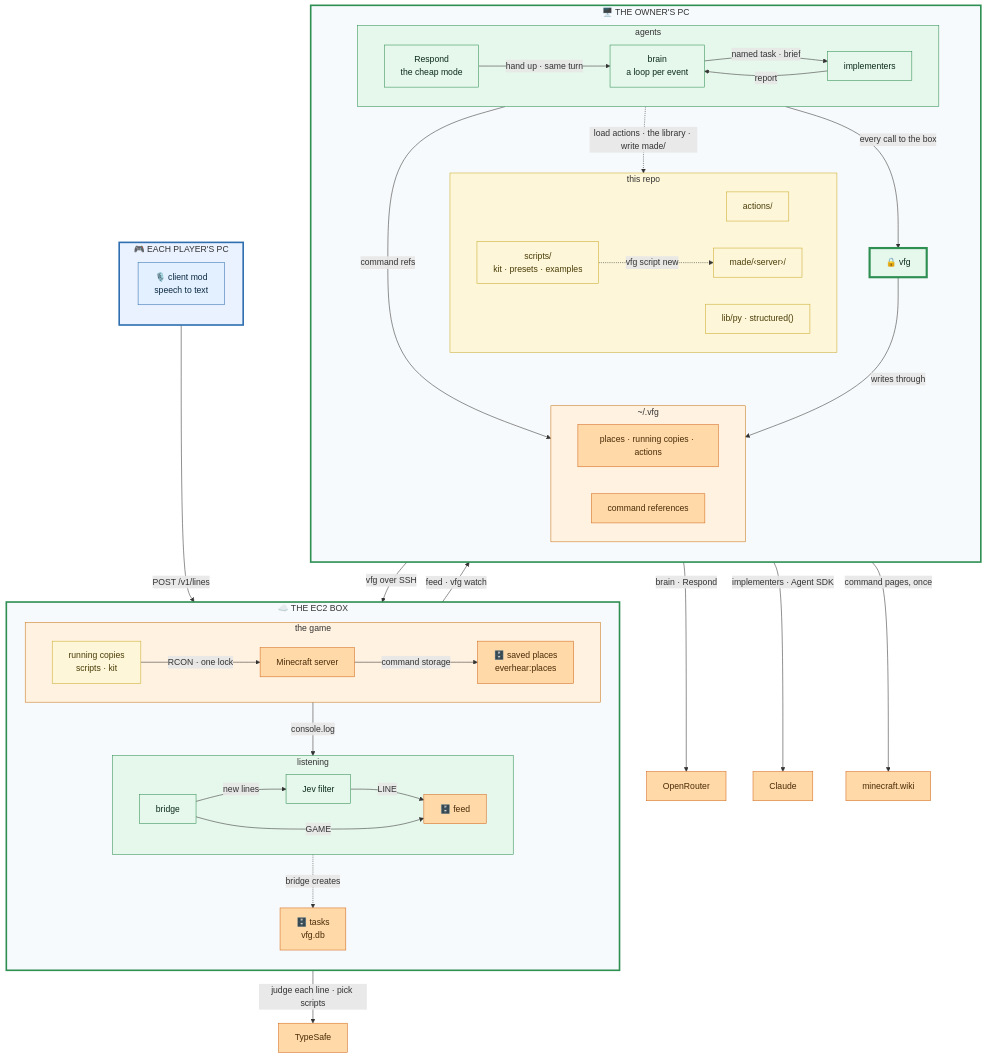
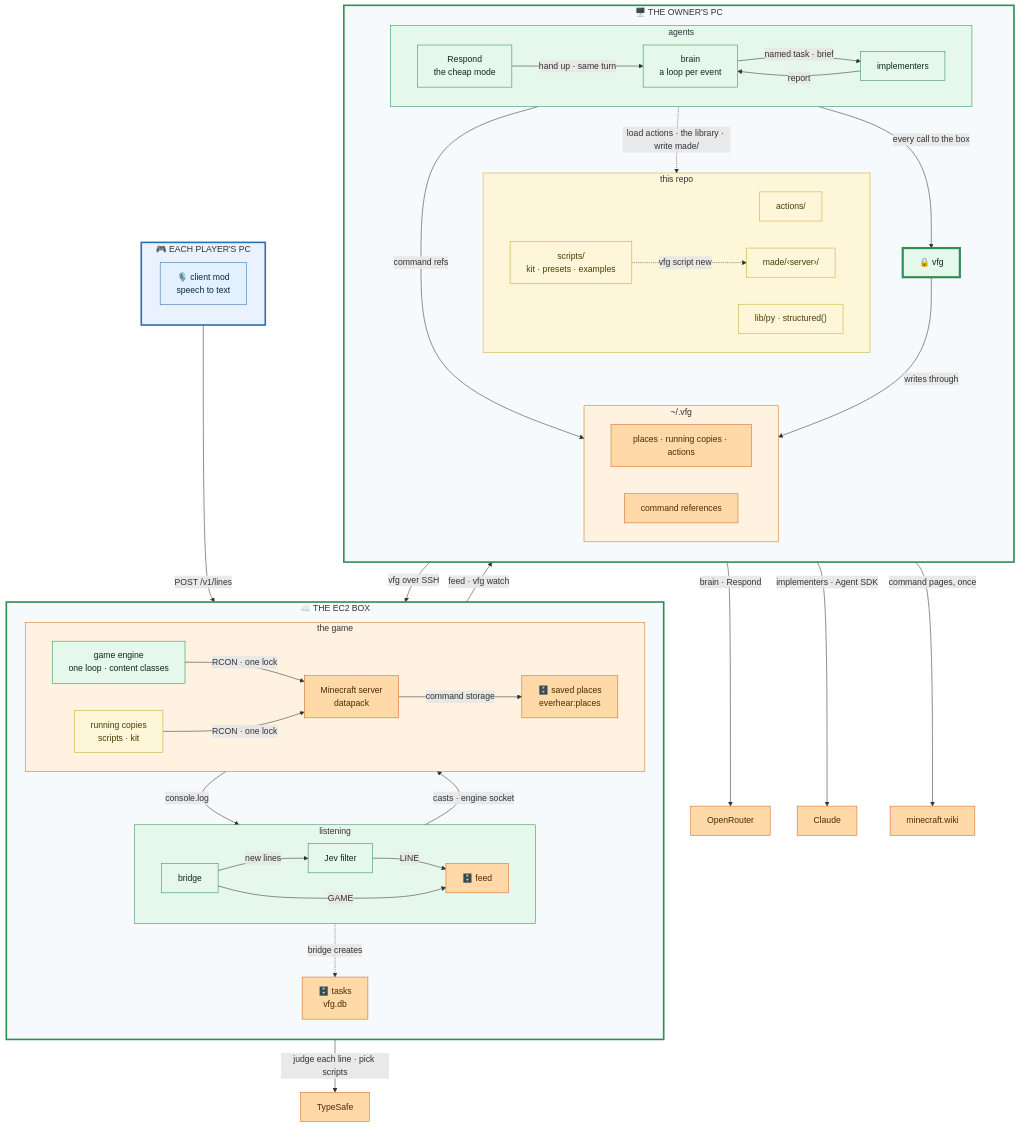
The diagram in README.md (jesse51002/everhear), drawn with Mermaid before and after one commit. The commit also changed other lines of this file and 223 other files, not shown here.

```diff
--- a/README.md
+++ b/README.md
@@ -25,14 +25,17 @@
       Bridge -->|"GAME"| Feed
     end
     subgraph Game["the game"]
+      Engine["game engine<br/>one loop · content classes"]
       Run["running copies<br/>scripts · kit"]
-      MC["Minecraft server"]
+      MC["Minecraft server<br/>datapack"]
       Places["🗄️ saved places<br/>everhear:places"]
+      Engine -->|"RCON · one lock"| MC
       Run -->|"RCON · one lock"| MC
       MC -->|"command storage"| Places
     end
     Tasks["🗄️ tasks<br/>vfg.db"]
     Game -->|"console.log"| Listen
+    Listen -->|"casts · engine socket"| Game
     Listen -.->|"bridge creates"| Tasks
   end
 
@@ -83,7 +86,7 @@
   classDef ext    fill:#ffd9a8,stroke:#d2691e,color:#4a2c08;
   classDef tool   fill:#fdf6d8,stroke:#caab2f,color:#4a3d08;
   class Mod client;
-  class Bridge,Jev,Brain,Respond,Impl,Vfg svc;
+  class Bridge,Jev,Engine,Brain,Respond,Impl,Vfg svc;
   class Feed,Tasks,MC,Places,Cache,Refs,TypeSafe,OpenRouter,Claude,Wiki ext;
   class Run,Actions,Library,Made,Lib tool;
   style Player fill:#eaf2ff,stroke:#2f6fb0,stroke-width:3px;
```
